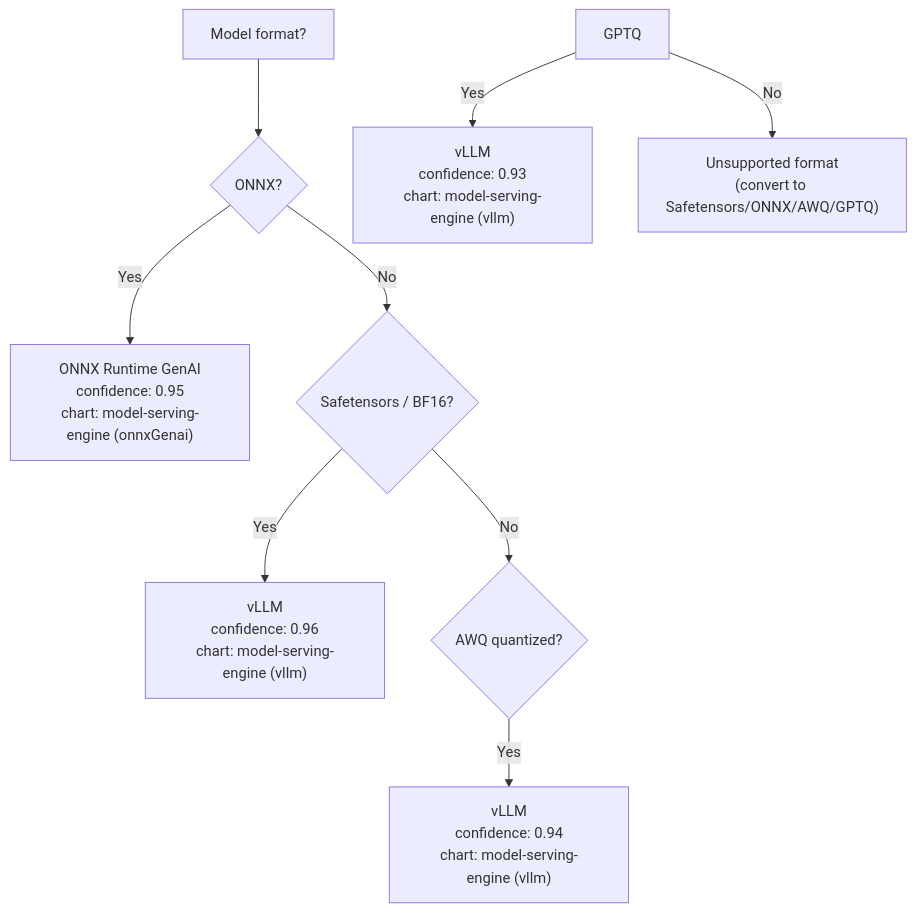
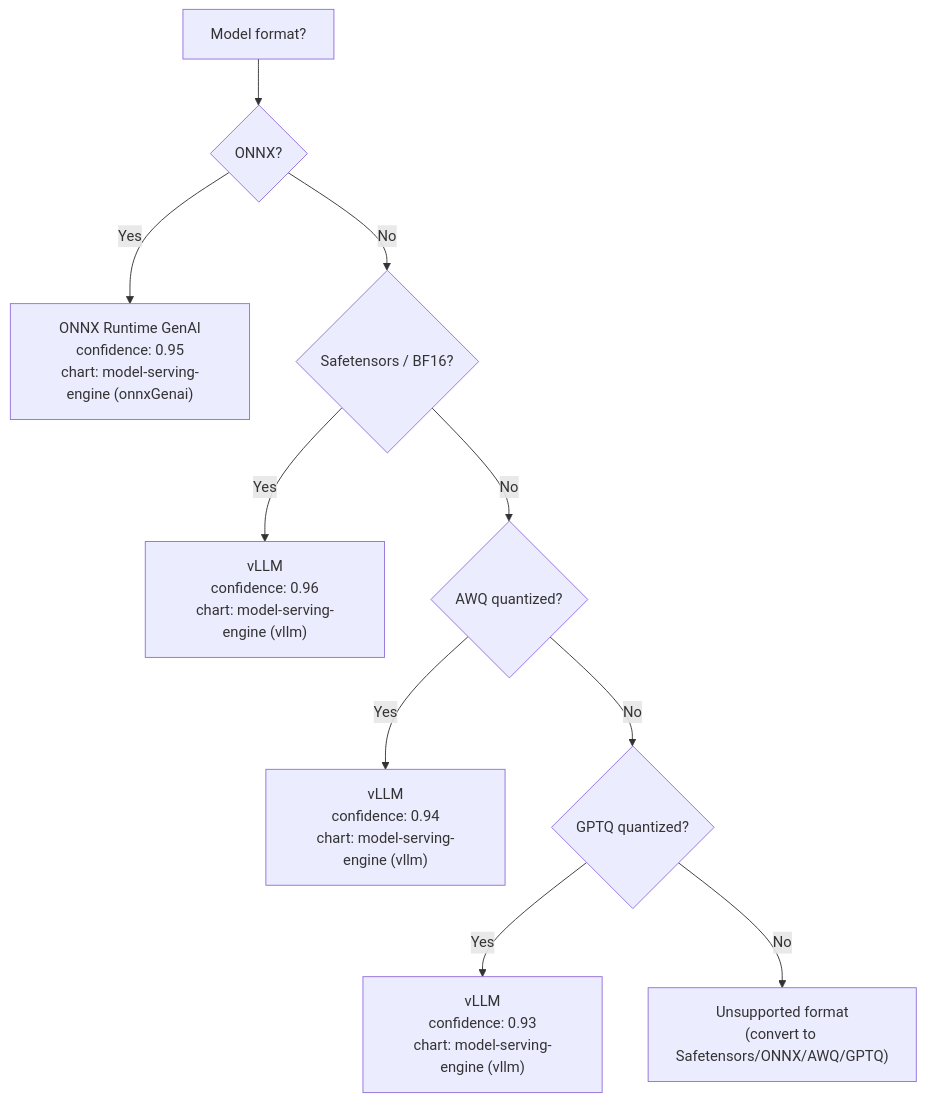
One commit to ADORSYS-GIS/Custom-Ai-Ops changed the ninth of 9 diagrams in README.md. Above: the diagram before and after it, drawn with Mermaid. The commit also changed other lines of this file, not shown here.

````diff
--- a/README.md
+++ b/README.md
@@ -427,11 +427,12 @@
 ```mermaid
 graph TD
     Start["Model format?"] --> ONNX{"ONNX?"}
 ONNX -->|"Yes"| ONNXRT["ONNX Runtime GenAI<br/>confidence: 0.95<br/>chart: model-serving-engine (onnxGenai)"]
     ONNX -->|"No"| ST{"Safetensors / BF16?"}
     ST -->|"Yes"| VLLM1["vLLM<br/>confidence: 0.96<br/>chart: model-serving-engine (vllm)"]
     ST -->|"No"| AWQ{"AWQ quantized?"}
     AWQ -->|"Yes"| VLLM2["vLLM<br/>confidence: 0.94<br/>chart: model-serving-engine (vllm)"]
+    AWQ -->|"No"| GPTQ{"GPTQ quantized?"}
     GPTQ -->|"Yes"| VLLM3["vLLM<br/>confidence: 0.93<br/>chart: model-serving-engine (vllm)"]
     GPTQ -->|"No"| UNSUPPORTED["Unsupported format<br/>(convert to Safetensors/ONNX/AWQ/GPTQ)"]
 ```
````
